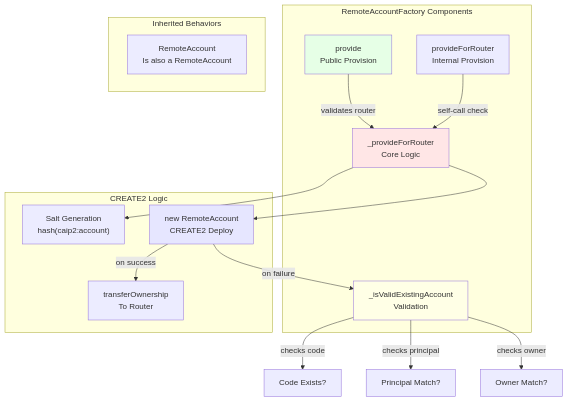
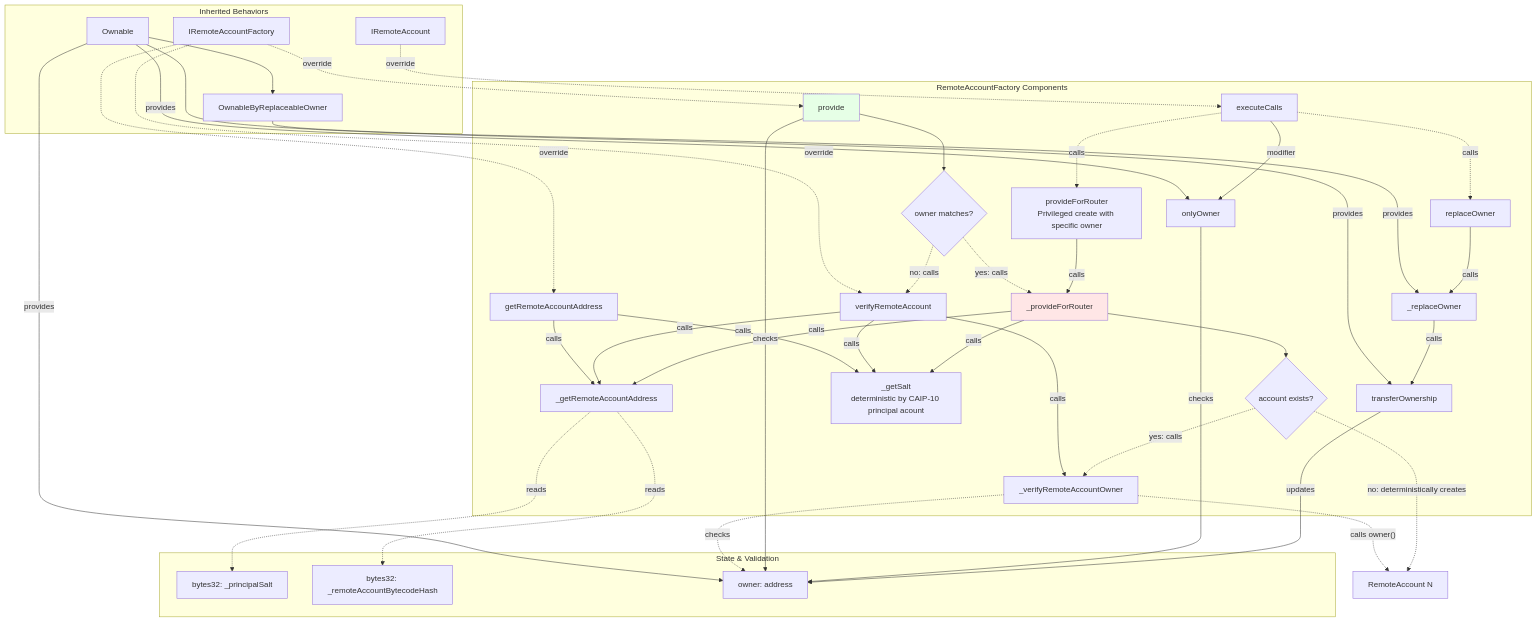
Before and after one commit to agoric-labs/agoric-to-axelar-local: the fifth of 8 diagrams in packages/axelar-local-dev-cosmos/src/contracts/design.md, drawn with Mermaid. The commit also changed other lines of this file, not shown here.

Commit message:
Align documents with source code

````diff
--- a/packages/axelar-local-dev-cosmos/src/contracts/design.md
+++ b/packages/axelar-local-dev-cosmos/src/contracts/design.md
@@ -192,34 +212,83 @@
 ```mermaid
 graph TB
+    subgraph "Inherited Behaviors"
+        Ownable
+        OwnableByReplaceableOwner
+        IRemoteAccount
+        IRemoteAccountFactory
+    end
+
     subgraph "RemoteAccountFactory Components"
-        PROV[provide<br/>Public Provision]
-        PROVR[provideForRouter<br/>Internal Provision]
-        PROVINT[_provideForRouter<br/>Core Logic]
-        VAL[_isValidExistingAccount<br/>Validation]
+        getRemoteAccountAddress
+        _getRemoteAccountAddress
+
+        verifyRemoteAccount
+        _verifyRemoteAccountOwner
+
+        provide
+        SAME_OWNER{owner matches?}
+        _provideForRouter
+        ACCOUNT_EXISTS{account exists?}
+        provideForRouter[provideForRouter<br>Privileged create with specific owner]
+
+        _getSalt[_getSalt<br>deterministic by CAIP-10 principal acount]
+
+        executeCalls
+        replaceOwner
+        _replaceOwner
+        onlyOwner
+        transferOwnership
     end
     
-    subgraph "Inherited Behaviors"
-        RA[RemoteAccount<br/>Is also a RemoteAccount]
+    subgraph "State & Validation"
+        _principalSalt[bytes32: _principalSalt]
+        _remoteAccountBytecodeHash[bytes32: _remoteAccountBytecodeHash]
+        owner[owner: address]
     end
     
-    subgraph "CREATE2 Logic"
-        SALT["Salt Generation<br/>hash(caip2:account)"]
-        CREATE[new RemoteAccount<br/>CREATE2 Deploy]
-        TRANS[transferOwnership<br/>To Router]
-    end
+    RAn[RemoteAccount N]
     
-    PROV -->|validates router| PROVINT
-    PROVR -->|self-call check| PROVINT
-    PROVINT --> SALT
-    PROVINT --> CREATE
-    CREATE -->|on success| TRANS
-    CREATE -->|on failure| VAL
-    VAL -->|checks code| CHECK1[Code Exists?]
-    VAL -->|checks principal| CHECK2[Principal Match?]
-    VAL -->|checks owner| CHECK3[Owner Match?]
+    %% inheritance
+    IRemoteAccount -.->|override| executeCalls
+    IRemoteAccountFactory -.->|override| getRemoteAccountAddress
+    IRemoteAccountFactory -.->|override| verifyRemoteAccount
+    IRemoteAccountFactory -.->|override| provide
+    Ownable --> OwnableByReplaceableOwner
+    OwnableByReplaceableOwner -->|provides| _replaceOwner
+    Ownable -->|provides| onlyOwner
+    Ownable -->|provides| transferOwnership
+    Ownable -->|provides| owner
     
-    style PROV fill:#e6ffe6
-    style PROVINT fill:#ffe6e6
-    style CREATE fill:#e6e6ff
-    style VAL fill:#ffffe6
+    %% operation
+    getRemoteAccountAddress -->|calls| _getSalt
+    getRemoteAccountAddress -->|calls| _getRemoteAccountAddress
+    verifyRemoteAccount -->|calls| _getSalt
+    verifyRemoteAccount -->|calls| _getRemoteAccountAddress
+    verifyRemoteAccount -->|calls| _verifyRemoteAccountOwner
+    _verifyRemoteAccountOwner -.->|"calls owner()"| RAn
+    provide --> SAME_OWNER
+    SAME_OWNER -.->|no: calls| verifyRemoteAccount
+    SAME_OWNER -.->|yes: calls| _provideForRouter
+    _provideForRouter -->|calls| _getSalt
+    _provideForRouter -->|calls| _getRemoteAccountAddress
+    _provideForRouter --> ACCOUNT_EXISTS
+    ACCOUNT_EXISTS -.->|yes: calls| _verifyRemoteAccountOwner
+    ACCOUNT_EXISTS -.->|no: deterministically creates| RAn
+    provideForRouter -->|calls| _provideForRouter
+    executeCalls -->|modifier| onlyOwner
+    executeCalls -.->|calls| replaceOwner
+    executeCalls -.->|calls| provideForRouter
+    replaceOwner -->|calls| _replaceOwner
+    _replaceOwner -->|calls| transferOwnership
+    
+    %% state access
+    _getRemoteAccountAddress -.->|reads| _principalSalt
+    _getRemoteAccountAddress -.->|reads| _remoteAccountBytecodeHash
+    _verifyRemoteAccountOwner -.->|checks| owner
+    provide -->|checks| owner
+    onlyOwner -->|checks| owner
+    transferOwnership -->|updates| owner
+    
+    style provide fill:#e6ffe6
+    style _provideForRouter fill:#ffe6e6
 ```
````
